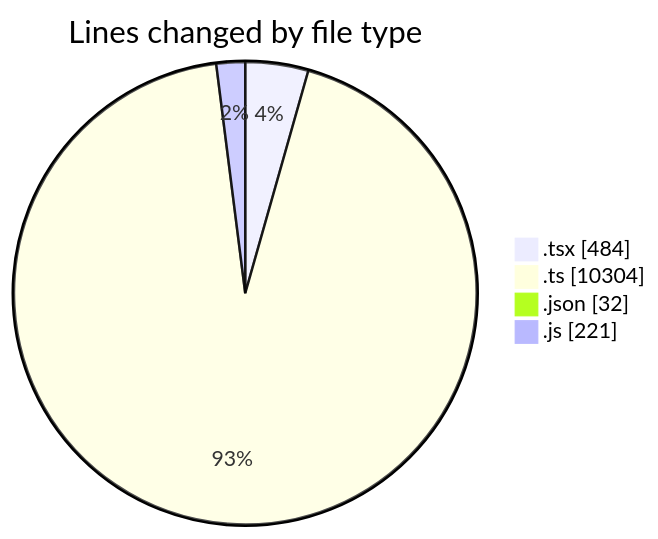
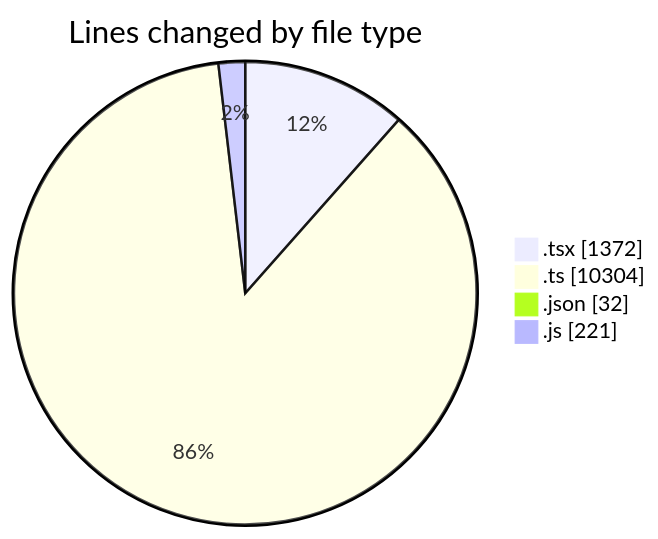
The first of 2 diagrams in 2026-07-22/cda/README.md (momahboobian/code-tracking), drawn with Mermaid before and after one commit. The commit also changed other lines of this file and 1 other file, not shown here.

````diff
--- a/2026-07-22/cda/README.md
+++ b/2026-07-22/cda/README.md
@@ -29,8 +32,8 @@
 ```mermaid
 pie showData
 title Lines changed by file type
-".tsx" : 484
+".tsx" : 1372
 ".ts" : 10304
 ".json" : 32
 ".js" : 221
 ```
````
